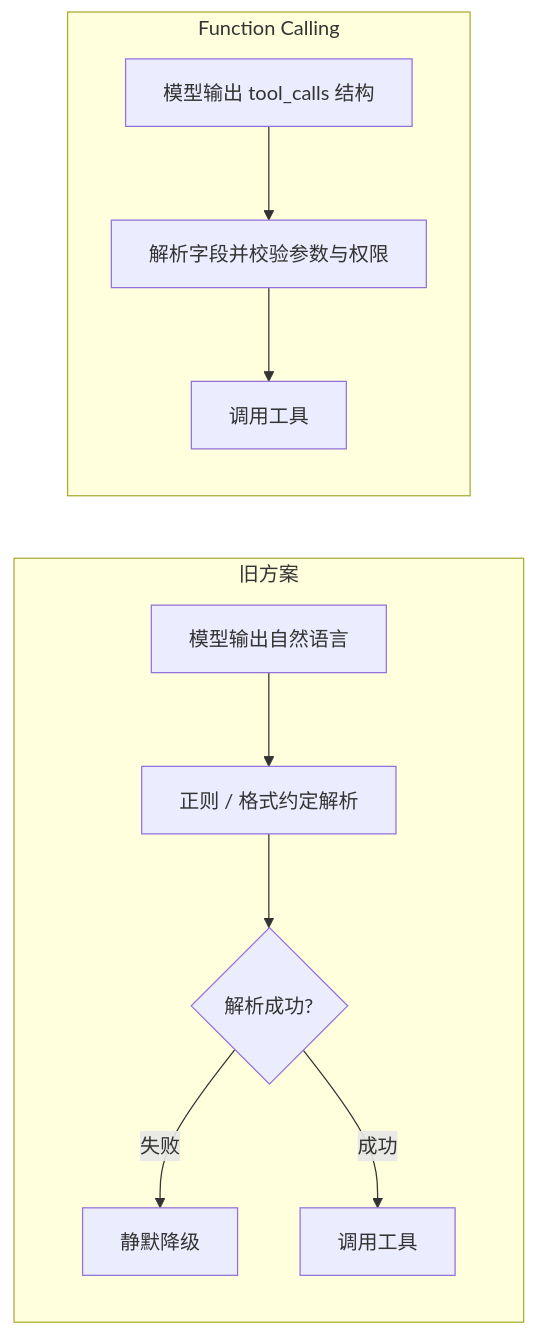
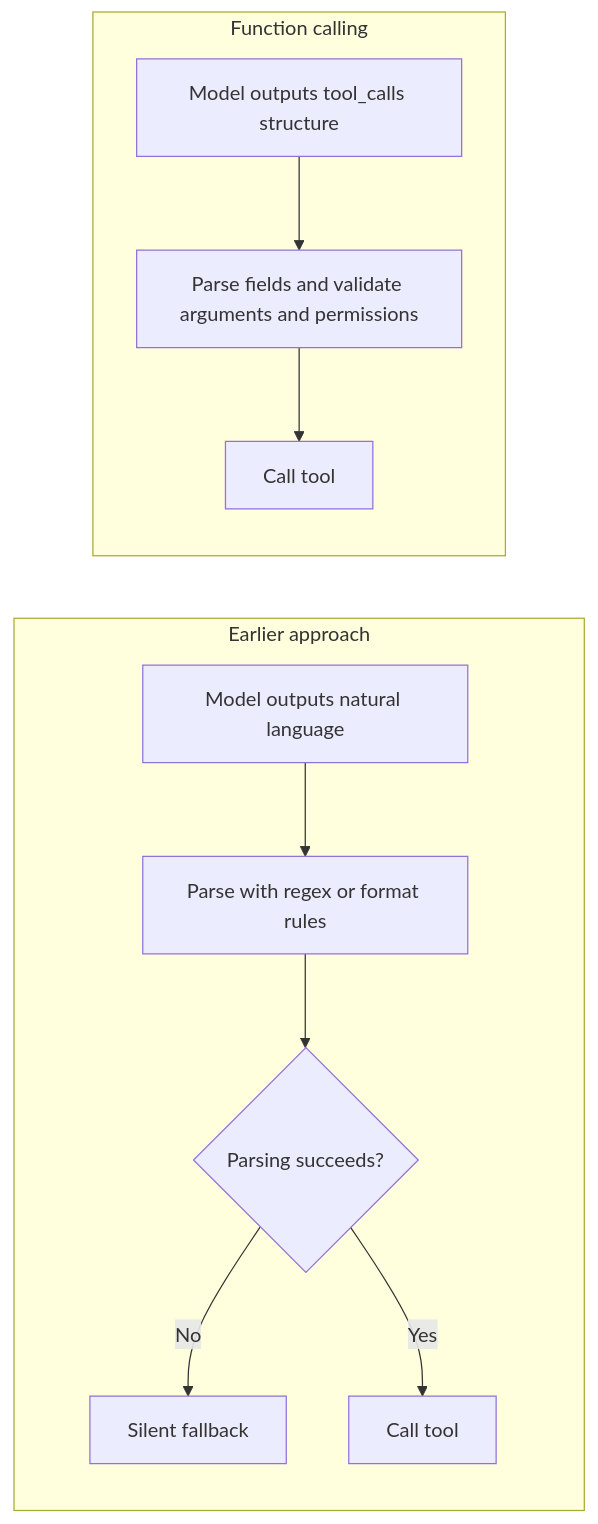
Before and after one commit to oneleaveknowsthefall/awesome-ai-roadmap: the first of 4 diagrams in docs/tools/01-function-calling/01-function-calling.md, drawn with Mermaid. The commit also changed other lines of this file and 42 other files, not shown here.

````diff
--- a/docs/tools/01-function-calling/01-function-calling.md
+++ b/docs/tools/01-function-calling/01-function-calling.md
@@ -53,14 +53,14 @@
 ```mermaid
 flowchart LR
-    subgraph OLD["旧方案"]
-        O1[模型输出自然语言] --> O2[正则 / 格式约定解析]
-        O2 --> O3{解析成功?}
-        O3 -->|失败| O4[静默降级]
-        O3 -->|成功| O5[调用工具]
+    subgraph OLD["Earlier approach"]
+        O1[Model outputs natural language] --> O2[Parse with regex or format rules]
+        O2 --> O3{Parsing succeeds?}
+        O3 -->|No| O4[Silent fallback]
+        O3 -->|Yes| O5[Call tool]
     end
 
-    subgraph NEW["Function Calling"]
-        N1[模型输出 tool_calls 结构] --> N2[解析字段并校验参数与权限]
-        N2 --> N3[调用工具]
+    subgraph NEW["Function calling"]
+        N1[Model outputs tool_calls structure] --> N2[Parse fields and validate arguments and permissions]
+        N2 --> N3[Call tool]
     end
 ```
````
